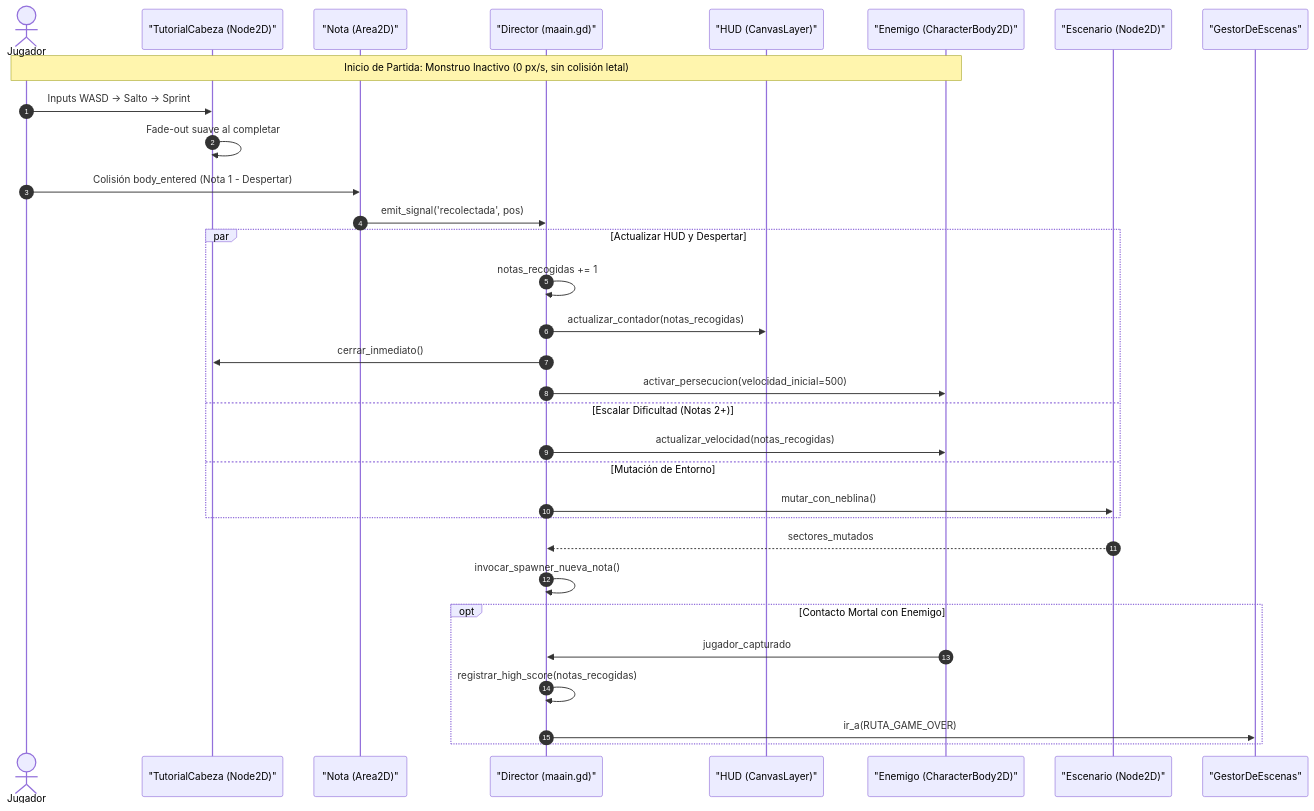
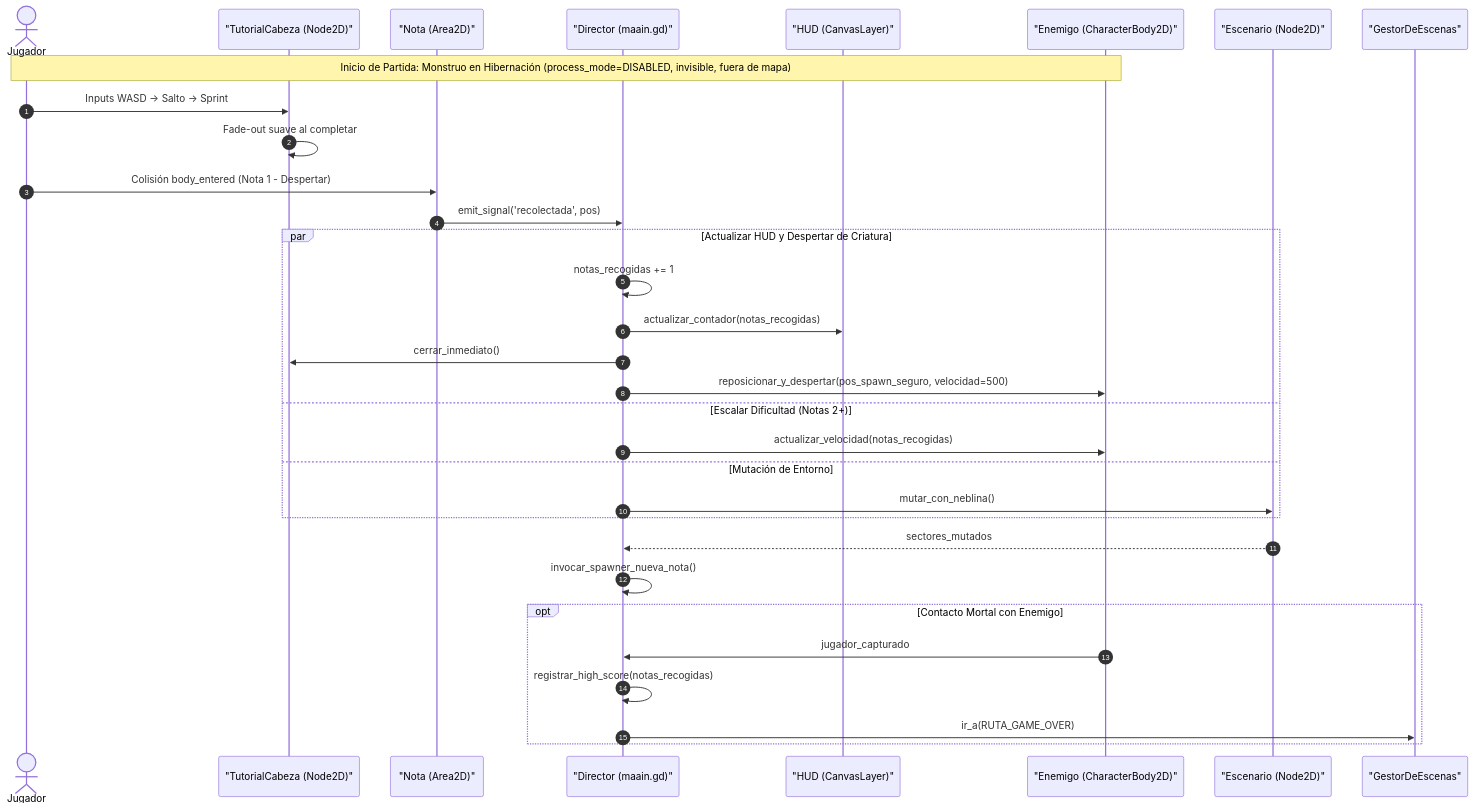
Before and after one commit to EmGamex/vosque: the diagram in docs/gameplay/arquitectura_de_partida_y_director.md, drawn with Mermaid. The commit also changed 12 other files, not shown here.

````diff
--- a/docs/gameplay/arquitectura_de_partida_y_director.md
+++ b/docs/gameplay/arquitectura_de_partida_y_director.md
@@ -25,39 +25,39 @@
 ```mermaid
 sequenceDiagram
     autonumber
     actor Jugador
     participant Tutorial as "TutorialCabeza (Node2D)"
     participant Nota as "Nota (Area2D)"
     participant Director as "Director (maain.gd)"
     participant HUD as "HUD (CanvasLayer)"
     participant Monstruo as "Enemigo (CharacterBody2D)"
     participant Escenario as "Escenario (Node2D)"
     participant Gestor as "GestorDeEscenas"
 
-    Note over Jugador,Monstruo: Inicio de Partida: Monstruo Inactivo (0 px/s, sin colisión letal)
+    Note over Jugador,Monstruo: Inicio de Partida: Monstruo en Hibernación (process_mode=DISABLED, invisible, fuera de mapa)
     Jugador->>Tutorial: Inputs WASD -> Salto -> Sprint
     Tutorial->>Tutorial: Fade-out suave al completar
 
     Jugador->>Nota: Colisión body_entered (Nota 1 - Despertar)
     Nota->>Director: emit_signal('recolectada', pos)
     
-    par Actualizar HUD y Despertar
+    par Actualizar HUD y Despertar de Criatura
         Director->>Director: notas_recogidas += 1
         Director->>HUD: actualizar_contador(notas_recogidas)
         Director->>Tutorial: cerrar_inmediato()
-        Director->>Monstruo: activar_persecucion(velocidad_inicial=500)
+        Director->>Monstruo: reposicionar_y_despertar(pos_spawn_seguro, velocidad=500)
     and Escalar Dificultad (Notas 2+)
         Director->>Monstruo: actualizar_velocidad(notas_recogidas)
     and Mutación de Entorno
         Director->>Escenario: mutar_con_neblina()
     end
     
     Escenario-->>Director: sectores_mutados
     Director->>Director: invocar_spawner_nueva_nota()
 
     opt Contacto Mortal con Enemigo
         Monstruo->>Director: jugador_capturado
         Director->>Director: registrar_high_score(notas_recogidas)
         Director->>Gestor: ir_a(RUTA_GAME_OVER)
     end
 ```
````
